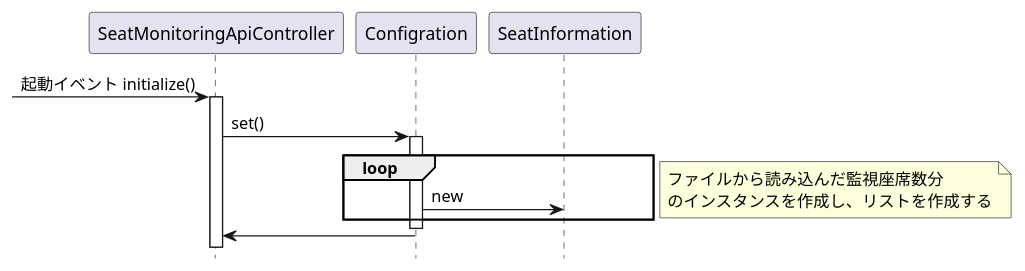
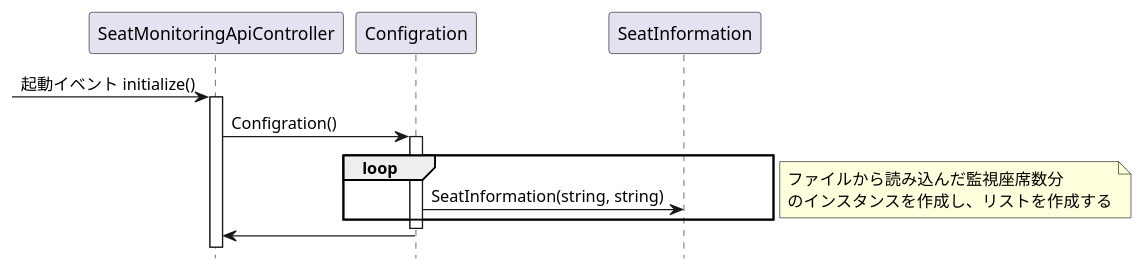
Before and after one commit to KeisukeSugita/Seat-monitoring-system: the diagram in doc/詳細設計/構成図(.pu)/SeatMonitoringAPI起動シーケンス図.pu, drawn with PlantUML. The commit also changed 3 other files, not shown here.

```diff
--- a/doc/詳細設計/構成図(.pu)/SeatMonitoringAPI起動シーケンス図.pu
+++ b/doc/詳細設計/構成図(.pu)/SeatMonitoringAPI起動シーケンス図.pu
@@ -1,25 +1,25 @@
 @startuml SeatMonitoringAPI起動シーケンス図
 hide footbox
 
 participant "SeatMonitoringApiController" as SeatMonitoringApiController
 participant "Configration" as Configration
 participant "SeatInformation" as SeatInformation
 
 -> SeatMonitoringApiController :起動イベント initialize()
 activate SeatMonitoringApiController
-SeatMonitoringApiController -> Configration : set()
+SeatMonitoringApiController -> Configration : Configration()
 activate Configration
 
 loop
-	Configration -> SeatInformation :new
+	Configration -> SeatInformation :SeatInformation(string, string)
 end
 note right
 	ファイルから読み込んだ監視座席数分
 	のインスタンスを作成し、リストを作成する
 end note
 
 deactivate Configration
 SeatMonitoringApiController <- Configration
 deactivate Configration
 
 @enduml
```
